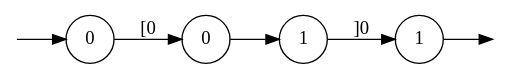
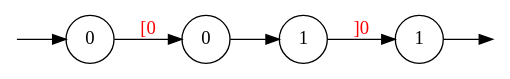
The diagram in text/graphs/example_path_d_1.dot (0Marble/lgraphs), drawn with Graphviz before and after one commit. The commit also changed 26 other files, not shown here.

Commit message:
changed graph images to svg

```diff
--- a/text/graphs/example_path_d_1.dot
+++ b/text/graphs/example_path_d_1.dot
@@ -1,17 +1,17 @@
 digraph {
         node [shape=circle];
         Q0 [style=invisible, height=0, width=0, fixedsize=true];
         Q1 [style=invisible, height=0, width=0, fixedsize=true];
         graph [rankdir="LR"];
-        0 [label=0];
-        1 [label=0];
-        2 [label=1];
-        3 [label=1];
+        0 [label="0"];
+        1 [label="0"];
+        2 [label="1"];
+        3 [label="1"];
 
         Q0 -> 0;
 
         3 -> Q1;
-        0 -> 1  [item="[0", label="[0"];
+        0 -> 1  [label="[0", fontcolor=red];
         1 -> 2 ;
-        2 -> 3  [item="]0", label="]0"];
+        2 -> 3  [label="]0", fontcolor=red];
 }
```
